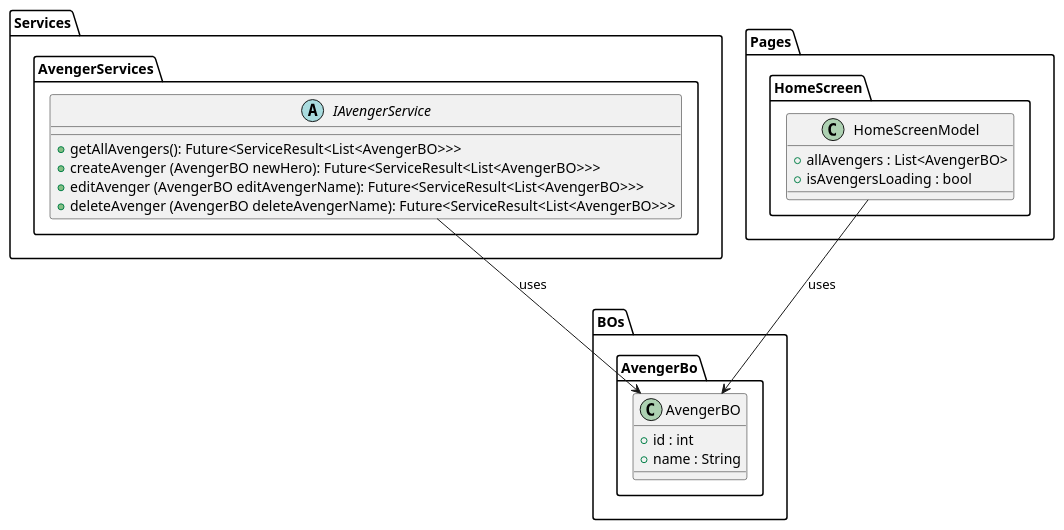
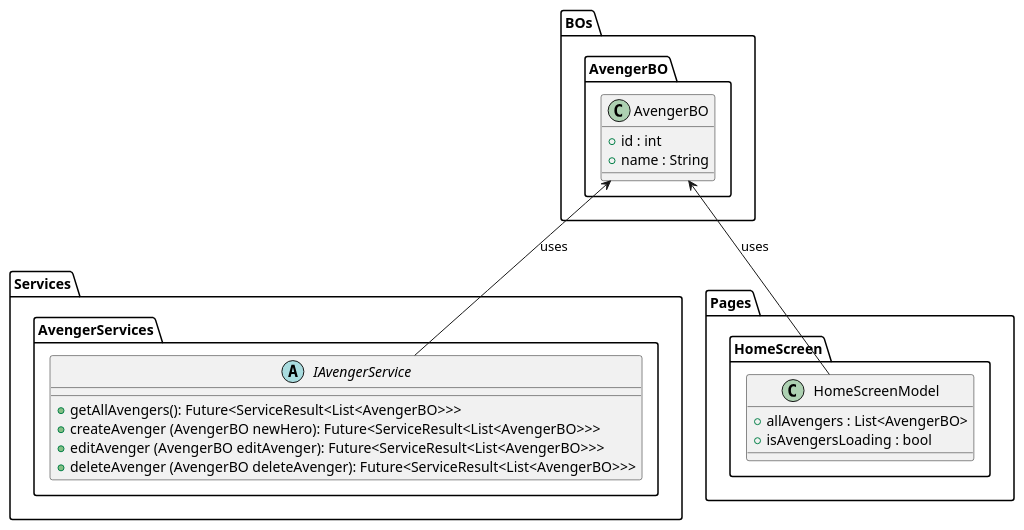
Before and after one commit to ThirumuruganArumugam/API-CRUD: the diagram in lib/BO/AvengerBO/Design/AvengerBo_Class.puml, drawn with PlantUML. The commit also changed 10 other files, not shown here.

```diff
--- a/lib/BO/AvengerBO/Design/AvengerBo_Class.puml
+++ b/lib/BO/AvengerBO/Design/AvengerBo_Class.puml
@@ -1,42 +1,37 @@
 @startuml Services Class Diagram
 
-package Services{
-    package AvengerServices{
-        abstract class IAvengerService{
-            + getAllAvengers(): Future<ServiceResult<List<AvengerBO>>>
-            + createAvenger (AvengerBO newHero): Future<ServiceResult<List<AvengerBO>>>
-            + editAvenger (AvengerBO editAvengerName): Future<ServiceResult<List<AvengerBO>>>
-            + deleteAvenger (AvengerBO deleteAvengerName): Future<ServiceResult<List<AvengerBO>>>
+package Services.AvengerServices
+{
+    abstract class IAvengerService
+    {
+        + getAllAvengers(): Future<ServiceResult<List<AvengerBO>>>
+        + createAvenger (AvengerBO newHero): Future<ServiceResult<List<AvengerBO>>>
+        + editAvenger (AvengerBO editAvenger): Future<ServiceResult<List<AvengerBO>>>
+        + deleteAvenger (AvengerBO deleteAvenger): Future<ServiceResult<List<AvengerBO>>>
 
-        }
     }
 }
 
-
-package BOs{
-    package AvengerBo{
-        class AvengerBO{
-            + id : int
-            + name : String
-        }
+package BOs.AvengerBO
+{
+    class AvengerBO
+    {
+        + id : int
+        + name : String
     }
 }
 
-
-package Pages{
-    package HomeScreen{
-
-        class HomeScreenModel{
-            + allAvengers : List<AvengerBO>
-            + isAvengersLoading : bool
-        }
+package Pages.HomeScreen
+{
+    class HomeScreenModel
+    {
+        + allAvengers : List<AvengerBO>
+        + isAvengersLoading : bool
     }
 
 }
 
-
-HomeScreenModel --> AvengerBO : uses
-IAvengerService --> AvengerBO : uses
-
+BOs.AvengerBO.AvengerBO <-- HomeScreenModel: uses
+BOs.AvengerBO.AvengerBO <-- IAvengerService: uses
 
 @enduml
```
